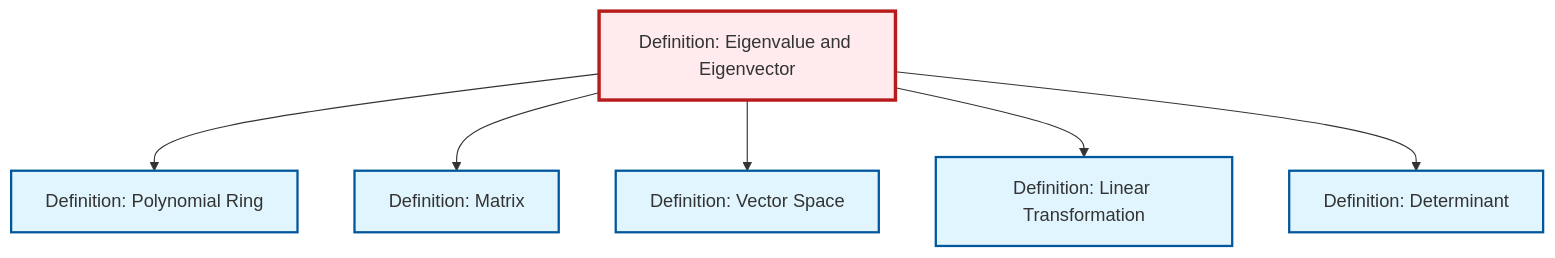
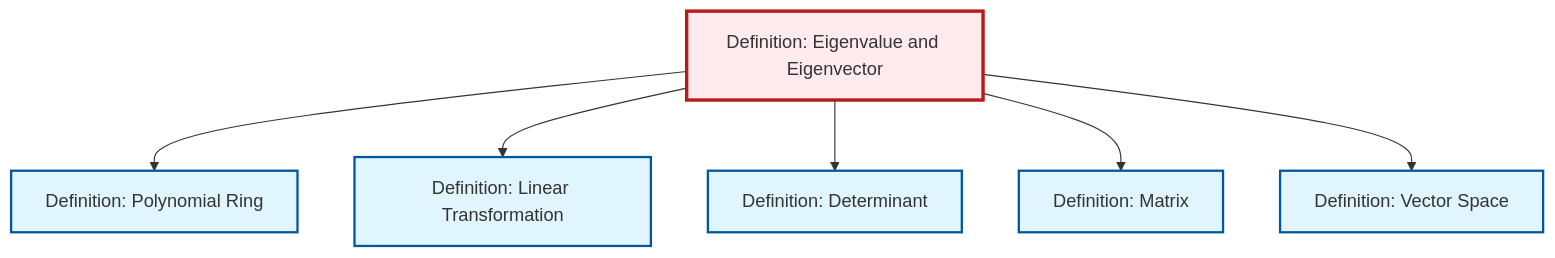
One commit to RK0429/ModernMath changed the diagram in content/en/algebra/def-eigenvalue-eigenvector.qmd. Above: the diagram before and after it, drawn with Mermaid. The commit also changed other lines of this file and 554 other files, not shown here.

````diff
--- a/content/en/algebra/def-eigenvalue-eigenvector.qmd
+++ b/content/en/algebra/def-eigenvalue-eigenvector.qmd
@@ -74,26 +74,26 @@
 ```{mermaid}
 %%| fig-cap: "Local dependency graph"
 graph TD
     classDef definition fill:#e1f5fe,stroke:#01579b,stroke-width:2px
     classDef theorem fill:#f3e5f5,stroke:#4a148c,stroke-width:2px
     classDef axiom fill:#fff3e0,stroke:#e65100,stroke-width:2px
     classDef example fill:#e8f5e9,stroke:#1b5e20,stroke-width:2px
     classDef current fill:#ffebee,stroke:#b71c1c,stroke-width:3px
+    def-vector-space["Definition: Vector Space"]:::definition
+    def-linear-transformation["Definition: Linear Transformation"]:::definition
+    def-polynomial-ring["Definition: Polynomial Ring"]:::definition
+    def-matrix["Definition: Matrix"]:::definition
     def-determinant["Definition: Determinant"]:::definition
-    def-linear-transformation["Definition: Linear Transformation"]:::definition
     def-eigenvalue-eigenvector["Definition: Eigenvalue and Eigenvector"]:::definition
-    def-vector-space["Definition: Vector Space"]:::definition
-    def-matrix["Definition: Matrix"]:::definition
-    def-polynomial-ring["Definition: Polynomial Ring"]:::definition
     def-eigenvalue-eigenvector --> def-polynomial-ring
+    def-eigenvalue-eigenvector --> def-linear-transformation
+    def-eigenvalue-eigenvector --> def-determinant
     def-eigenvalue-eigenvector --> def-matrix
     def-eigenvalue-eigenvector --> def-vector-space
-    def-eigenvalue-eigenvector --> def-linear-transformation
-    def-eigenvalue-eigenvector --> def-determinant
     class def-eigenvalue-eigenvector current
+    click def-vector-space "def-vector-space.html" "Go to Vector Space definition"
+    click def-linear-transformation "def-linear-transformation.html" "Go to Linear Transformation definition"
+    click def-polynomial-ring "def-polynomial-ring.html" "Go to Polynomial Ring definition"
+    click def-matrix "def-matrix.html" "Go to Matrix definition"
     click def-determinant "def-determinant.html" "Go to Determinant definition"
-    click def-linear-transformation "def-linear-transformation.html" "Go to Linear Transformation definition"
-    click def-vector-space "def-vector-space.html" "Go to Vector Space definition"
-    click def-matrix "def-matrix.html" "Go to Matrix definition"
-    click def-polynomial-ring "def-polynomial-ring.html" "Go to Polynomial Ring definition"
 ```
````
